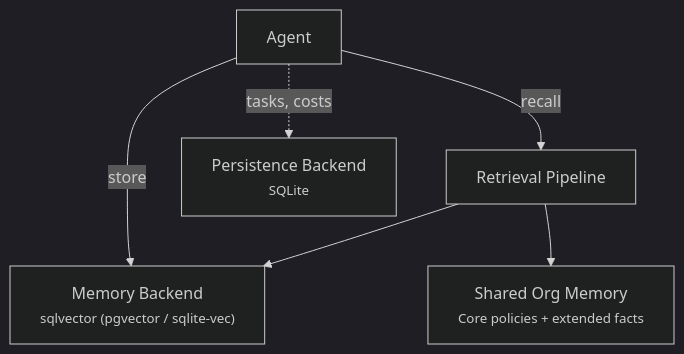
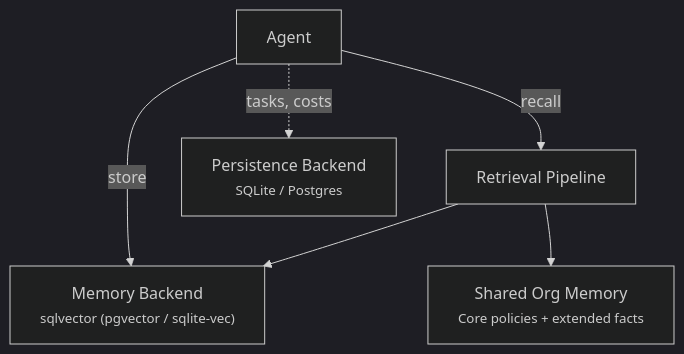
One commit to Aureliolo/synthorg changed the diagram in docs/guides/memory.md. Above: the diagram before and after it, drawn with Mermaid (dark theme). The commit also changed other lines of this file and 33 other files, not shown here.

First line of the commit message:
fix: harden layered memory namespace isolation, retrieval, and schema

````diff
--- a/docs/guides/memory.md
+++ b/docs/guides/memory.md
@@ -19,14 +19,14 @@
 ```mermaid
 graph TD
     Agent["Agent"]
     Retriever["Retrieval Pipeline"]
     Backend["Memory Backend<br/><small>sqlvector (pgvector / sqlite-vec)</small>"]
     OrgMem["Shared Org Memory<br/><small>Core policies + extended facts</small>"]
-    Persistence["Persistence Backend<br/><small>SQLite</small>"]
+    Persistence["Persistence Backend<br/><small>SQLite / Postgres</small>"]
 
     Agent -->|"recall"| Retriever
     Agent -->|"store"| Backend
     Retriever --> Backend
     Retriever --> OrgMem
     Agent -.->|"tasks, costs"| Persistence
 ```
````
